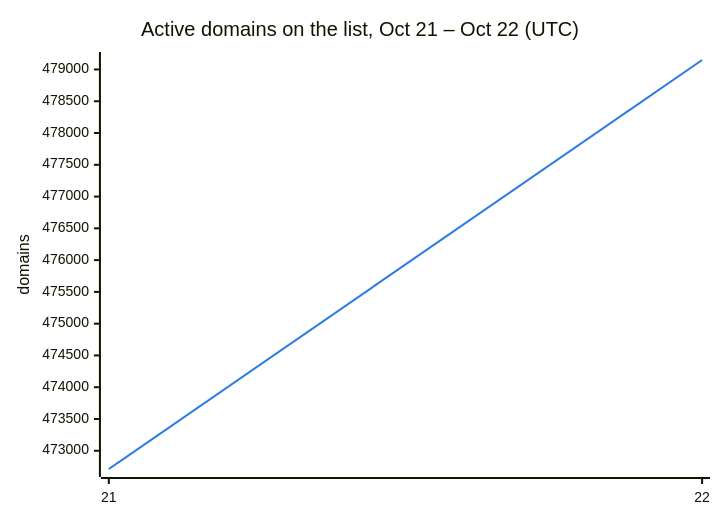
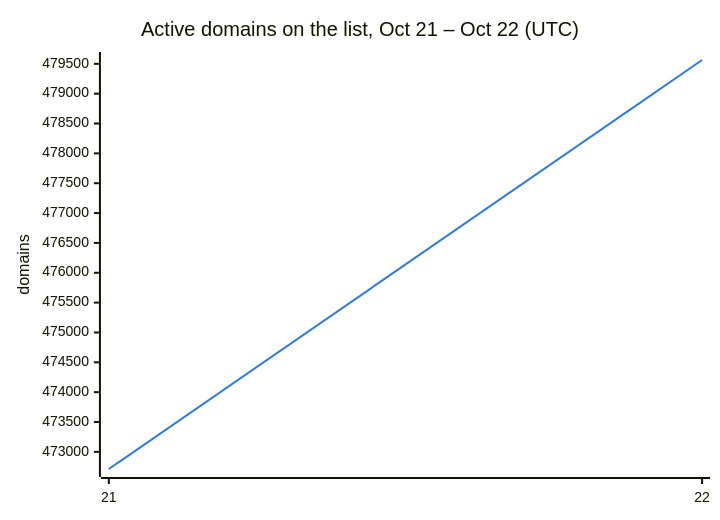
Before and after one commit to DNSBunker/CTI: the second of 3 diagrams in README.md, drawn with Mermaid. The commit also changed other lines of this file and 3 other files, not shown here.

````diff
--- a/README.md
+++ b/README.md
@@ -38,8 +38,8 @@
 ```mermaid
 %%{init: {"themeVariables": {"xyChart": {"plotColorPalette": "#2c7be5"}}}}%%
 xychart-beta
     title "Active domains on the list, Oct 21 – Oct 22 (UTC)"
     x-axis ["21", "22"]
     y-axis "domains"
-    line [472713, 479149]
+    line [472713, 479564]
 ```
````
